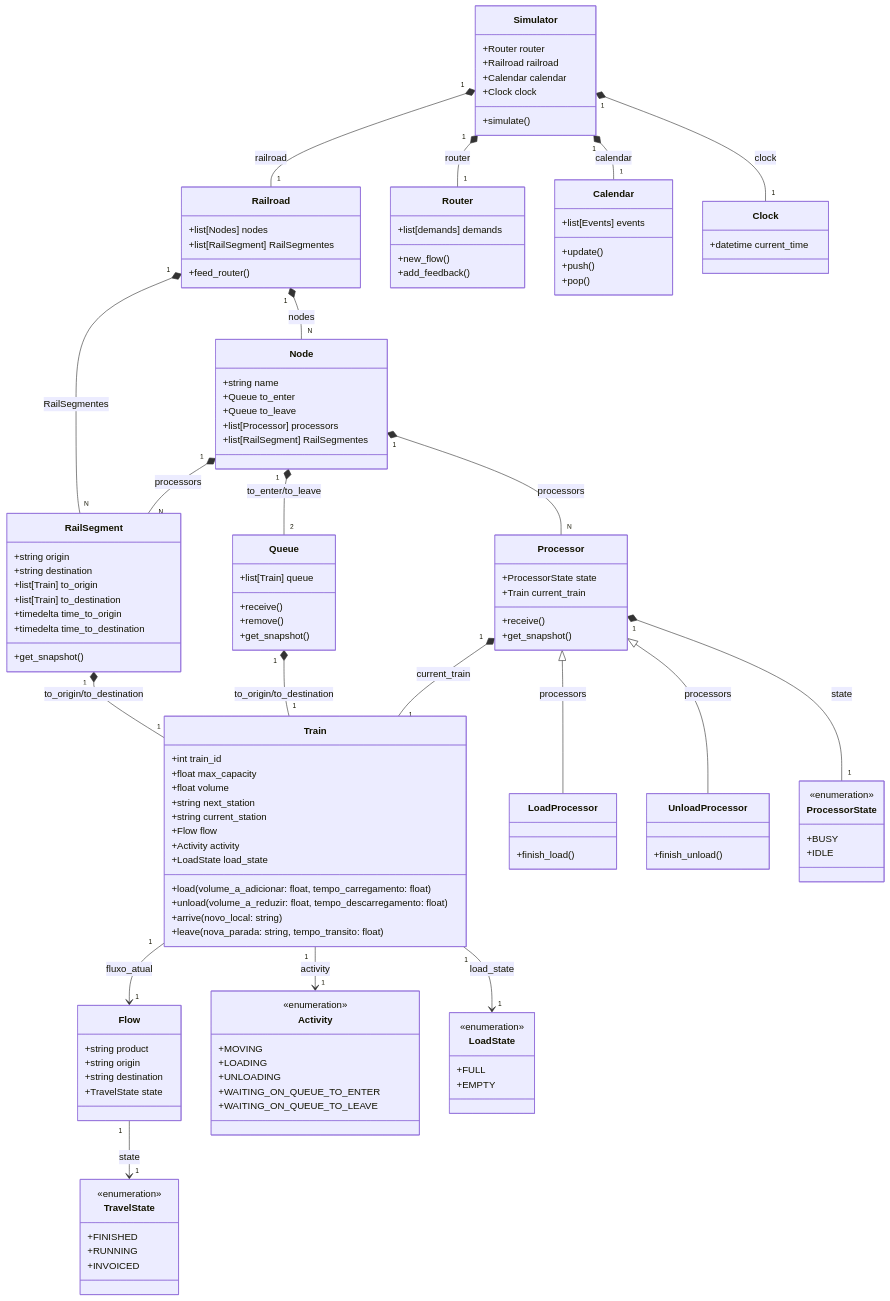
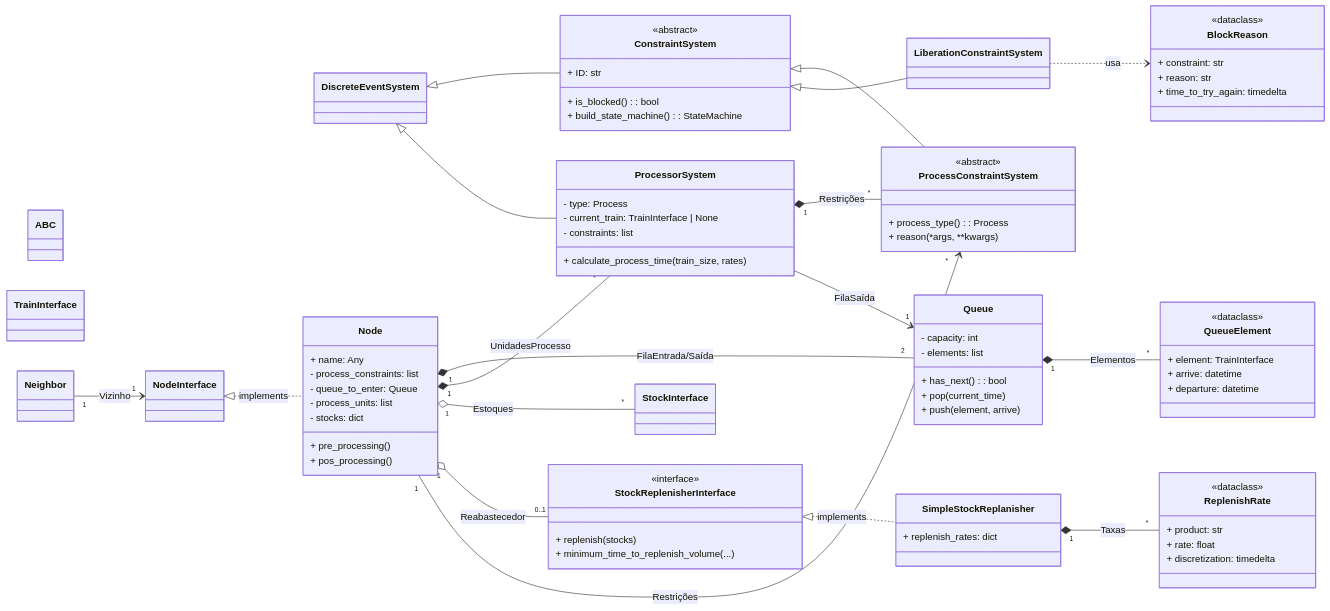
The diagram in docs/architecture.md (MatheusCascalho/RailroadDES), drawn with Mermaid before and after one commit. The commit also changed other lines of this file and 15 other files, not shown here.

````diff
--- a/docs/architecture.md
+++ b/docs/architecture.md
@@ -1,160 +225,117 @@
 ```mermaid
+classDiagram
+    direction LR
 
-classDiagram
-    class Train {
-        %% Atributos
-        +int train_id 
-        +float max_capacity
-        +float volume
-        +string next_station
-        +string current_station
-        +Flow flow
-        +Activity activity
-        +LoadState load_state
-                
-        +load(volume_a_adicionar: float, tempo_carregamento: float)
-        +unload(volume_a_reduzir: float, tempo_descarregamento: float)
-        +arrive(novo_local: string)
-        +leave(nova_parada: string, tempo_transito: float)
+    %% Interfaces e Classes Abstratas
+    class DiscreteEventSystem
+    class ABC
+    class NodeInterface
+    class TrainInterface
+    class StockInterface
+    class StockReplenisherInterface {
+        <<interface>>
+        + replenish(stocks)
+        + minimum_time_to_replenish_volume(...)
+    }
+    class ConstraintSystem {
+        <<abstract>>
+        + ID: str
+        + is_blocked(): bool
+        + build_state_machine(): StateMachine
+    }
+    class ProcessConstraintSystem {
+        <<abstract>>
+        + process_type(): Process
+        + reason(*args, **kwargs)
     }
 
-    class Flow {
-        +string product
-        +string origin
-        +string destination 
-        +TravelState state
+    %% Dataclasses
+    %%class Neighbor {
+    %%    <<dataclass>>
+    %%    + neighbor: NodeInterface
+     %%   + transit_time: float
+    %%}
+    class BlockReason {
+        <<dataclass>>
+        + constraint: str
+        + reason: str
+        + time_to_try_again: timedelta
+    }
+    class QueueElement {
+        <<dataclass>>
+        + element: TrainInterface
+        + arrive: datetime
+        + departure: datetime
+    }
+    class ReplenishRate {
+        <<dataclass>>
+        + product: str
+        + rate: float
+        + discretization: timedelta
     }
 
-    class Activity {
-        <<enumeration>>
-        +MOVING
-        +LOADING
-        +UNLOADING
-        +WAITING_ON_QUEUE_TO_ENTER
-        +WAITING_ON_QUEUE_TO_LEAVE
+    %% Classes Concretas
+    class Node {
+        + name: Any
+        - process_constraints: list<ProcessConstraintSystem>
+        - queue_to_enter: Queue
+        - process_units: list<ProcessorSystem>
+        - stocks: dict<str, StockInterface>
+        + pre_processing()
+        + pos_processing()
     }
-    
-    class LoadState {
-        <<enumeration>>
-        +FULL
-        +EMPTY
+    class Queue {
+        - capacity: int
+        - elements: list<QueueElement>
+        + has_next(): bool
+        + pop(current_time)
+        + push(element, arrive)
     }
-    
-    class TravelState {
-        <<enumeration>>
-        +FINISHED
-        +RUNNING
-        +INVOICED
+    class ProcessorSystem {
+        - type: Process
+        - current_train: TrainInterface | None
+        - constraints: list<ProcessConstraintSystem>
+        + calculate_process_time(train_size, rates)
     }
-    
-
-    Train "1" --> "1" Activity : activity
-    Train "1" --> "1" Flow : fluxo_atual
-    Train "1" --> "1" LoadState : load_state
-%%    Train "1" --* "1" Railroad : fluxo_atual
-    Flow "1" --> "1" TravelState : state
+    class LiberationConstraintSystem
+    class SimpleStockReplanisher {
+        + replenish_rates: dict<str, ReplenishRate>
+    }
 
 
-    class RailSegment {
-        %% Atributos
-        +string origin
-        +string destination
-        +list[Train] to_origin
-        +list[Train] to_destination
-        +timedelta time_to_origin
-        +timedelta time_to_destination
-        +get_snapshot()
+    %% Relacionamentos
 
-    }
-    Processor "1" *-- "1" Train : current_train
-    Queue "1" *-- "1" Train : to_origin/to_destination
-    RailSegment "1" *-- "1" Train : to_origin/to_destination
+    %% Herança e Realização (Interfaces)
+    ConstraintSystem <|-- ProcessConstraintSystem
+    ConstraintSystem <|-- LiberationConstraintSystem
+    StockReplenisherInterface <|.. SimpleStockReplanisher : implements
+    NodeInterface <|.. Node : implements
+    DiscreteEventSystem <|-- ConstraintSystem
+    DiscreteEventSystem <|-- ProcessorSystem
 
+    %% Composição (Diamante Sólido) e Associações (Seta Simples)
 
-    class Node {
-        %% Atributos
-        +string name
-        +Queue to_enter
-        +Queue to_leave
-        +list[Processor] processors
-        +list[RailSegment] RailSegmentes
+    %% Node (Composição/Agregação)
+    Node "1" *-- "2" Queue : FilaEntrada/Saída
+    Node "1" *-- "*" ProcessorSystem : UnidadesProcesso
+    Node "1" o-- "*" StockInterface : Estoques
+    Node "1" o-- "0..1" StockReplenisherInterface : Reabastecedor
+    Node "1" --> "*" ProcessConstraintSystem : Restrições
 
-    }
+    %% Queue (Composição)
+    Queue "1" *-- "*" QueueElement : Elementos
+
+    %% ProcessorSystem (Composição/Associação)
+    ProcessorSystem "1" *-- "*" ProcessConstraintSystem : Restrições
+    ProcessorSystem --> "1" Queue : FilaSaída
+
+    %% SimpleStockReplanisher (Composição/Agregação)
+    SimpleStockReplanisher "1" *-- "*" ReplenishRate : Taxas
+
+    %% Neighbor (Associação)
+    Neighbor "1" --> "1" NodeInterface : Vizinho
     
-        
-    class Queue {
-        +list[Train] queue
-        
-        +receive()
-        +remove()
-        +get_snapshot()
-    }
-    
-    class Processor {
-        +ProcessorState state
-        +Train current_train
-        
-        +receive()         
-        +get_snapshot()
-    }
-    class LoadProcessor{
-        +finish_load()
-    }
-    class UnloadProcessor{
-        +finish_unload()
-    }
-    Processor <|-- LoadProcessor : processors
-    Processor <|-- UnloadProcessor : processors
-
-    
-    class ProcessorState {
-        <<enumeration>>
-        +BUSY
-        +IDLE
-    }
-    Node "1" *-- "N" RailSegment : processors     
-    Node "1" *-- "N" Processor : processors
-    Processor "1" *-- "1" ProcessorState : state
-
-    Node "1" *-- "2" Queue : to_enter/to_leave
-    
-    class Railroad{
-        +list[Nodes] nodes
-        +list[RailSegment] RailSegmentes
-%%        +list[Train] finished_trains
-        
-%%        +simulate()
-        +feed_router()
-    }
-    Railroad "1" *-- "N" RailSegment : RailSegmentes
-    Railroad "1" *-- "N" Node : nodes
-
-    class Simulator{
-        +Router router
-        +Railroad railroad
-        +Calendar calendar
-        +Clock clock
-        +simulate()
-    }
-
-    class Router{
-        +list[demands] demands
-        +new_flow()
-        +add_feedback()
-    }
-    class Calendar{
-        +list[Events] events
-        +update()
-        +push()
-        +pop()
-    }
-    class Clock{
-        +datetime current_time
-    }
-    
-    Simulator "1" *-- "1" Router : router
-    Simulator "1" *-- "1" Railroad : railroad
-    Simulator "1" *-- "1" Calendar : calendar
-    Simulator "1" *-- "1" Clock : clock
+    %% Dependências (Classes de Dados)
+    LiberationConstraintSystem ..> BlockReason : usa
 
 ```
````
